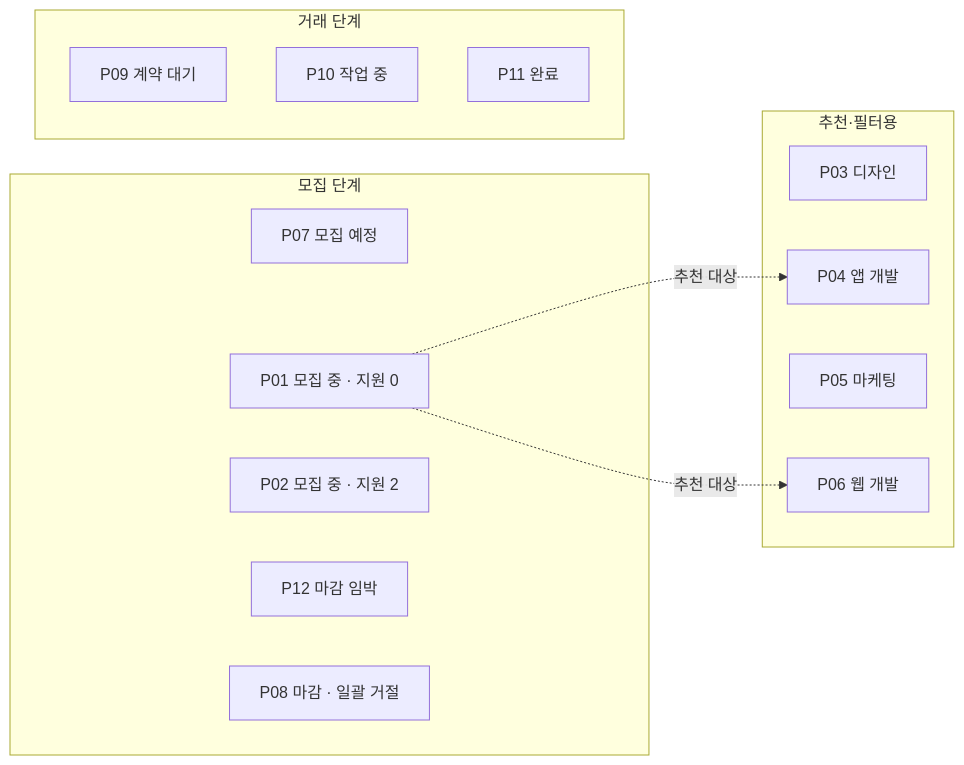
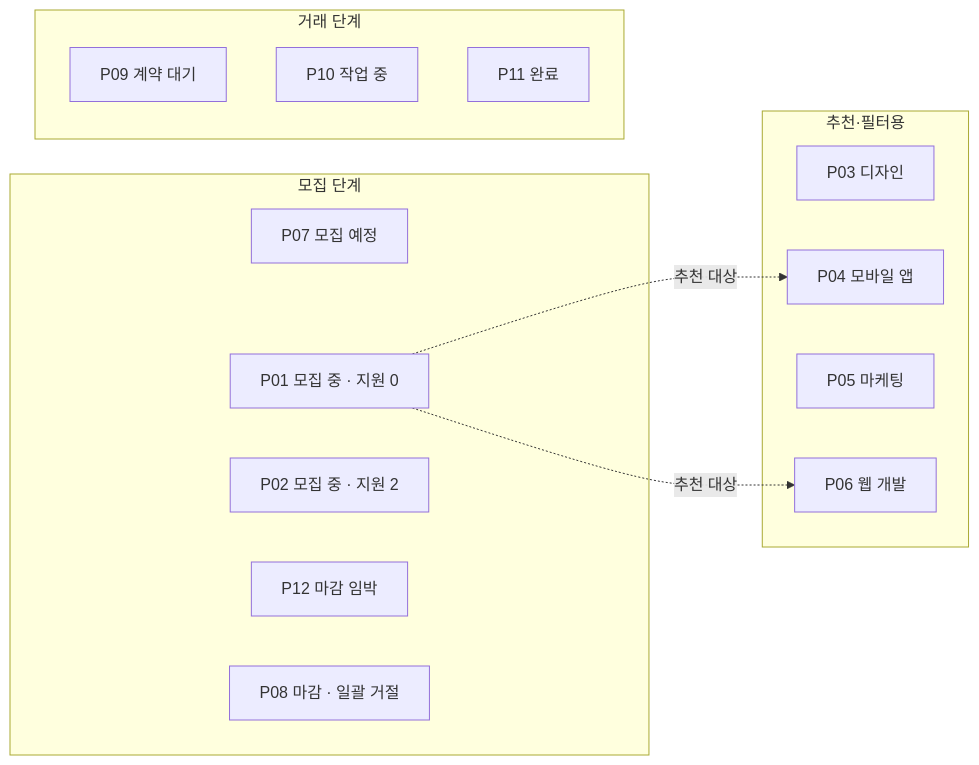
One commit to Five-Eagles/PactFive changed diagram 15 of 17 in docs/domain/reference/prd-v6.4.md. Above: the diagram before and after it, drawn with Mermaid. The commit also changed other lines of this file and 8 other files, not shown here.

````diff
--- a/docs/domain/reference/prd-v6.4.md
+++ b/docs/domain/reference/prd-v6.4.md
@@ -3747,23 +3751,23 @@
 ```mermaid
 flowchart LR
     subgraph M["모집 단계"]
         P07["P07 모집 예정"]
         P01["P01 모집 중 · 지원 0"]
         P02["P02 모집 중 · 지원 2"]
         P12["P12 마감 임박"]
         P08["P08 마감 · 일괄 거절"]
     end
     subgraph T["거래 단계"]
         P09["P09 계약 대기"]
         P10["P10 작업 중"]
         P11["P11 완료"]
     end
     subgraph R["추천·필터용"]
         P03["P03 디자인"]
-        P04["P04 앱 개발"]
+        P04["P04 모바일 앱"]
         P05["P05 마케팅"]
         P06["P06 웹 개발"]
     end
     P01 -.추천 대상.-> P04
     P01 -.추천 대상.-> P06
 ```
````
